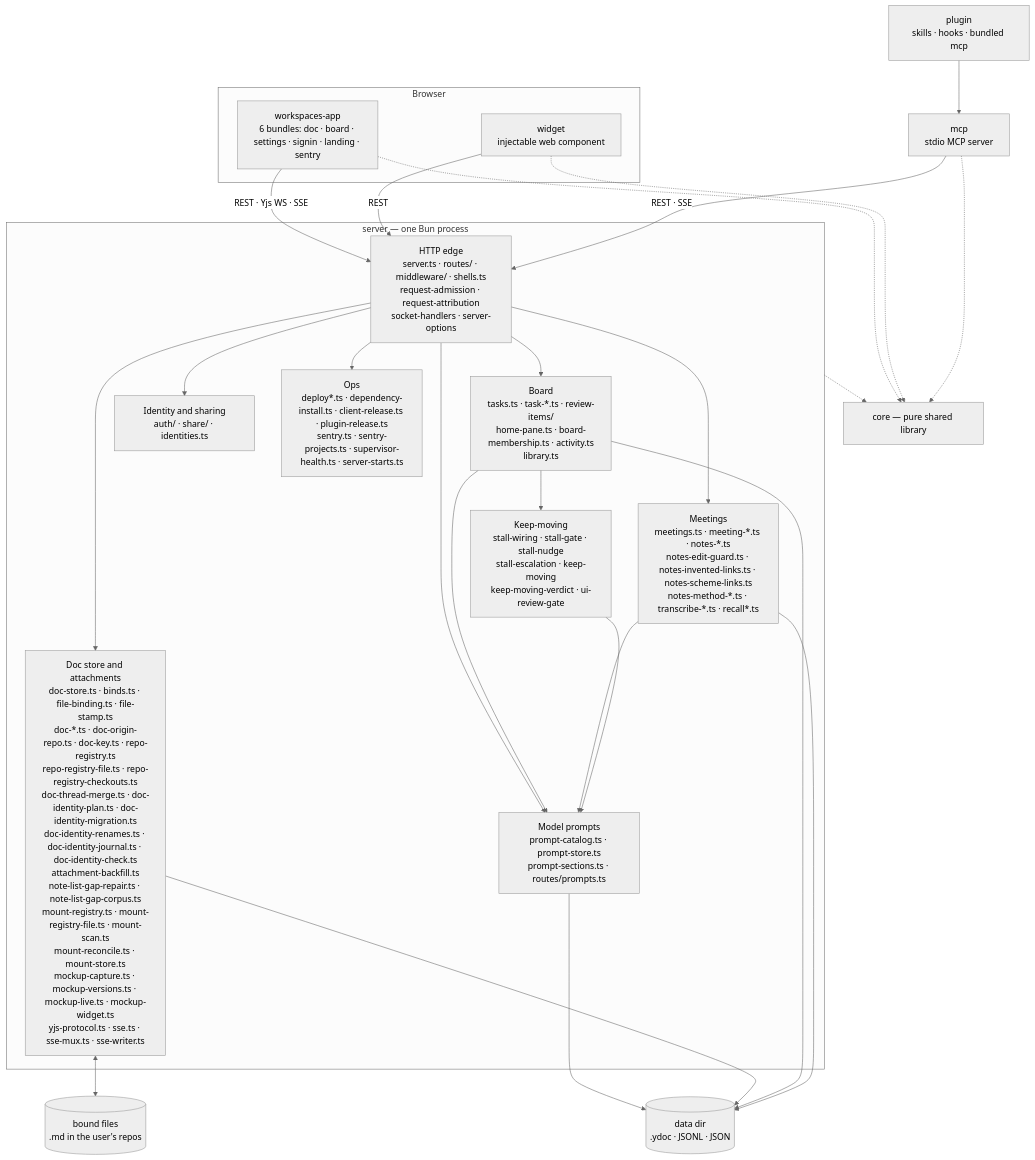
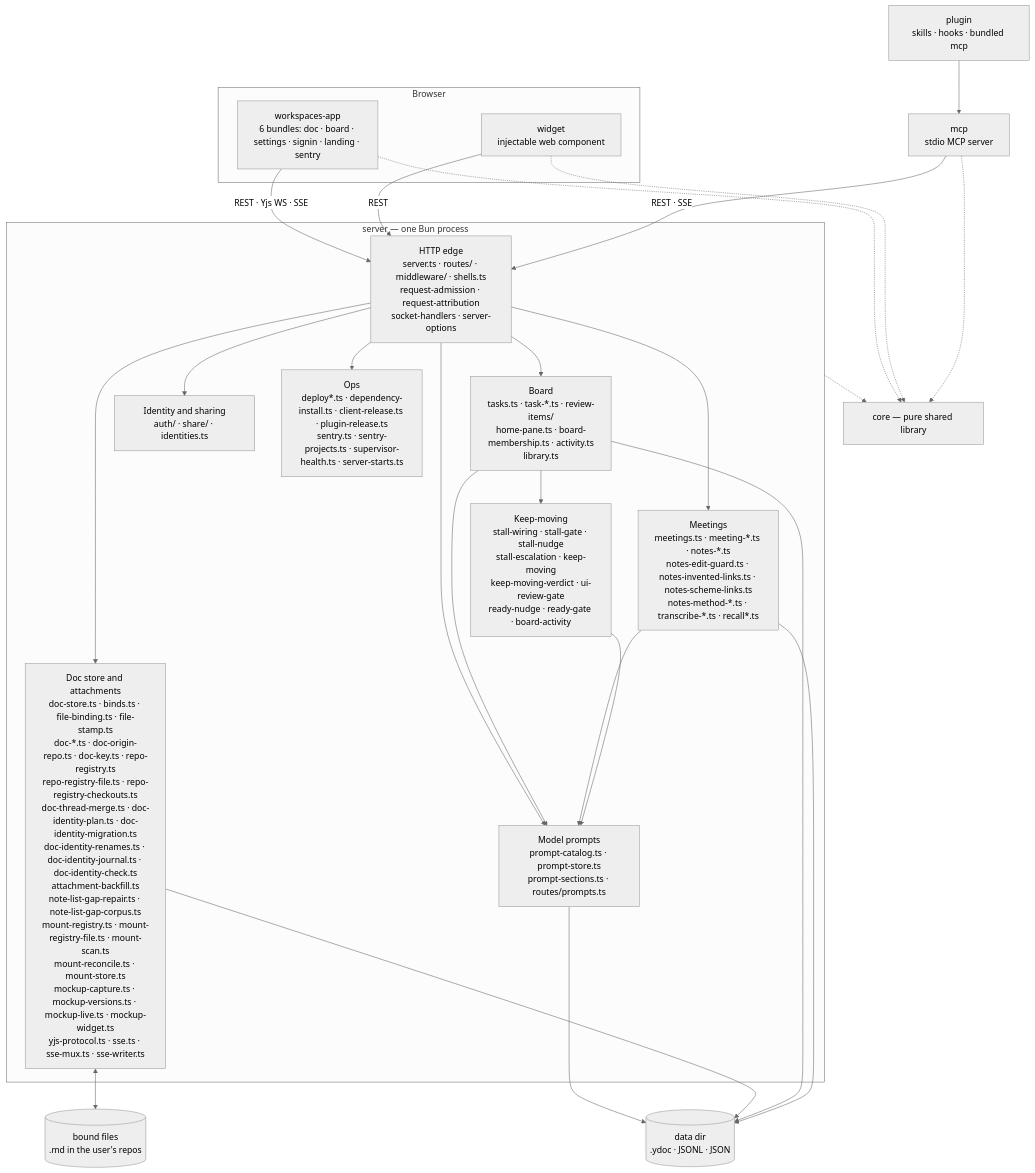
Before and after one commit to fryanpan/claude-workspaces-plugin: the first of 2 diagrams in docs/architecture/overview.md, drawn with Mermaid (neutral theme). The commit also changed other lines of this file and 9 other files, not shown here.

````diff
--- a/docs/architecture/overview.md
+++ b/docs/architecture/overview.md
@@ -45,35 +45,35 @@
 ```mermaid
 flowchart TB
   subgraph browser[Browser]
     app["workspaces-app<br/>6 bundles: doc · board · settings · signin · landing · sentry"]
     wid["widget<br/>injectable web component"]
   end
   plug["plugin<br/>skills · hooks · bundled mcp"]
   mcp["mcp<br/>stdio MCP server"]
   subgraph srv["server — one Bun process"]
     edge["HTTP edge<br/>server.ts · routes/ · middleware/ · shells.ts<br/>request-admission · request-attribution<br/>socket-handlers · server-options"]
     docs["Doc store and attachments<br/>doc-store.ts · binds.ts · file-binding.ts · file-stamp.ts<br/>doc-*.ts · doc-origin-repo.ts · doc-key.ts · repo-registry.ts<br/>repo-registry-file.ts · repo-registry-checkouts.ts<br/>doc-thread-merge.ts · doc-identity-plan.ts · doc-identity-migration.ts<br/>doc-identity-renames.ts · doc-identity-journal.ts · doc-identity-check.ts<br/>attachment-backfill.ts<br/>note-list-gap-repair.ts · note-list-gap-corpus.ts<br/>mount-registry.ts · mount-registry-file.ts · mount-scan.ts<br/>mount-reconcile.ts · mount-store.ts<br/>mockup-capture.ts · mockup-versions.ts · mockup-live.ts · mockup-widget.ts<br/>yjs-protocol.ts · sse.ts · sse-mux.ts · sse-writer.ts"]
     board["Board<br/>tasks.ts · task-*.ts · review-items/<br/>home-pane.ts · board-membership.ts · activity.ts<br/>library.ts"]
     meet["Meetings<br/>meetings.ts · meeting-*.ts · notes-*.ts<br/>notes-edit-guard.ts · notes-invented-links.ts · notes-scheme-links.ts<br/>notes-method-*.ts · transcribe-*.ts · recall*.ts"]
-    keep["Keep-moving<br/>stall-wiring · stall-gate · stall-nudge<br/>stall-escalation · keep-moving<br/>keep-moving-verdict · ui-review-gate"]
+    keep["Keep-moving<br/>stall-wiring · stall-gate · stall-nudge<br/>stall-escalation · keep-moving<br/>keep-moving-verdict · ui-review-gate<br/>ready-nudge · ready-gate · board-activity"]
     ident["Identity and sharing<br/>auth/ · share/ · identities.ts"]
     prompts["Model prompts<br/>prompt-catalog.ts · prompt-store.ts<br/>prompt-sections.ts · routes/prompts.ts"]
     ops["Ops<br/>deploy*.ts · dependency-install.ts · client-release.ts · plugin-release.ts<br/>sentry.ts · sentry-projects.ts · supervisor-health.ts · server-starts.ts"]
   end
   core["core — pure shared library"]
   disk[("data dir<br/>.ydoc · JSONL · JSON")]
   files[("bound files<br/>.md in the user's repos")]
 
   app -->|"REST · Yjs WS · SSE"| edge
   wid -->|REST| edge
   plug --> mcp
   mcp -->|"REST · SSE"| edge
   edge --> docs & board & meet & ident & ops & prompts
   board & meet & keep --> prompts
   prompts --> disk
   board --> keep
   docs <--> files
   docs & board & meet --> disk
   app & wid & mcp -.-> core
   srv -.-> core
 ```
````
